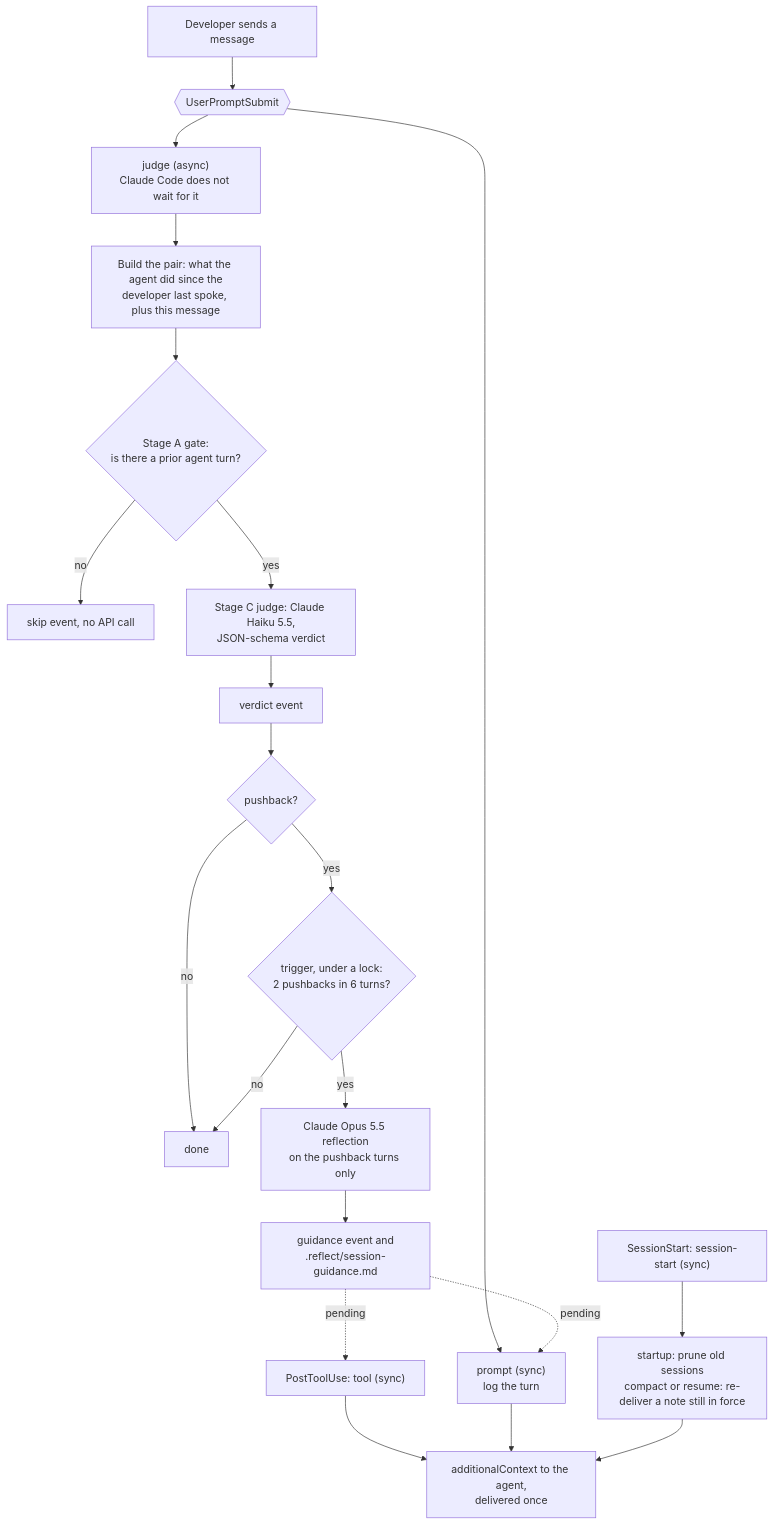
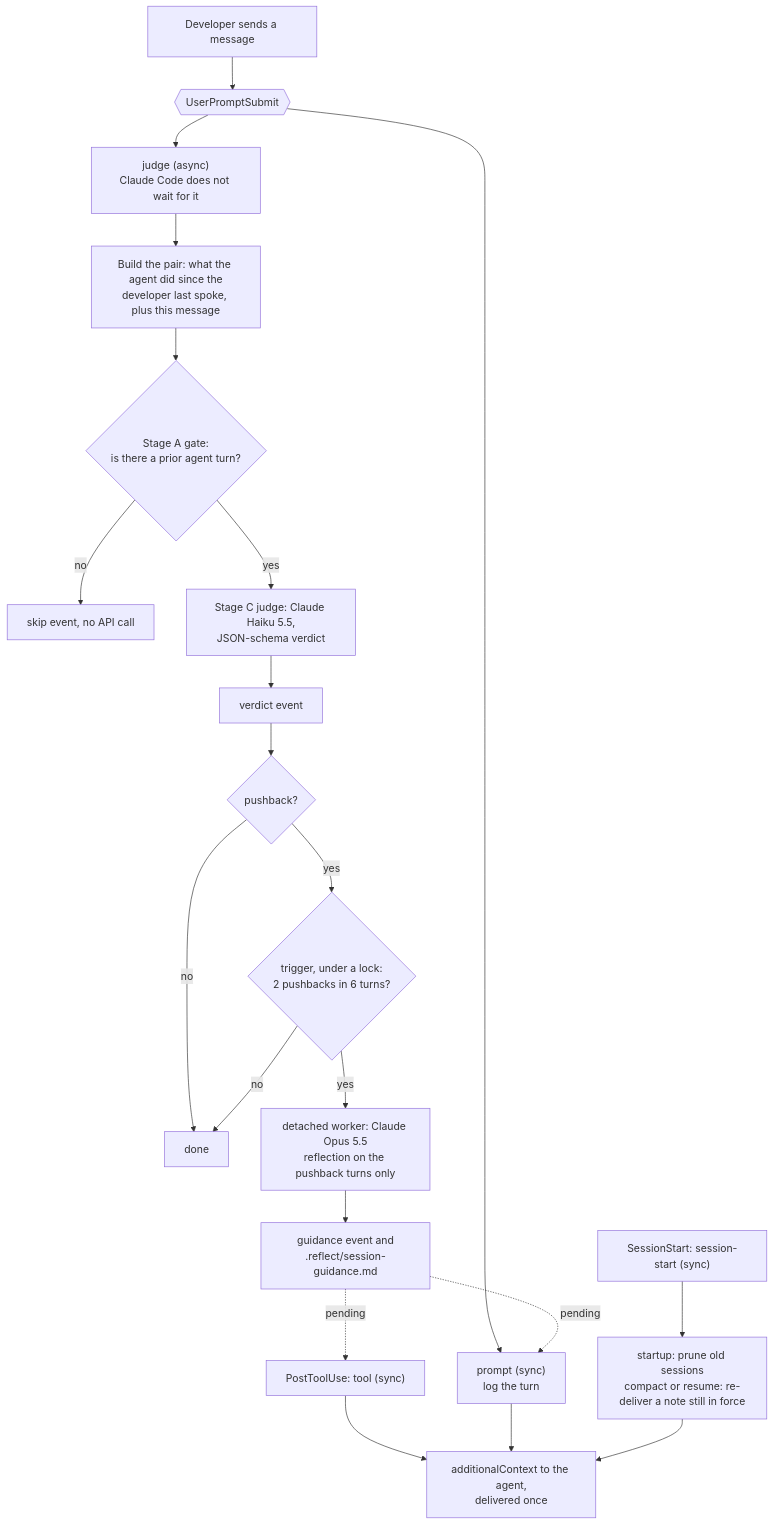
The diagram in ARCHITECTURE.md (chanjoongx/reflect), drawn with Mermaid before and after one commit. The commit also changed other lines of this file and 47 other files, not shown here.

````diff
--- a/ARCHITECTURE.md
+++ b/ARCHITECTURE.md
@@ -11,23 +11,23 @@
 ```mermaid
 flowchart TD
     M["Developer sends a message"] --> UPS{{"UserPromptSubmit"}}
     UPS --> PR["prompt (sync)<br/>log the turn"]
     UPS --> J["judge (async)<br/>Claude Code does not wait for it"]
     J --> PAIR["Build the pair: what the agent did since the<br/>developer last spoke, plus this message"]
     PAIR --> GATE{"Stage A gate:<br/>is there a prior agent turn?"}
     GATE -- no --> SKIP["skip event, no API call"]
     GATE -- yes --> JUDGE["Stage C judge: Claude Haiku 5.5,<br/>JSON-schema verdict"]
     JUDGE --> V["verdict event"]
     V --> PB{"pushback?"}
     PB -- no --> DONE["done"]
     PB -- yes --> ACC{"trigger, under a lock:<br/>2 pushbacks in 6 turns?"}
     ACC -- no --> DONE
-    ACC -- yes --> REF["Claude Opus 5.5 reflection<br/>on the pushback turns only"]
+    ACC -- yes --> REF["detached worker: Claude Opus 5.5<br/>reflection on the pushback turns only"]
     REF --> G["guidance event and<br/>.reflect/session-guidance.md"]
     G -. pending .-> T["PostToolUse: tool (sync)"]
     G -. pending .-> PR
     T --> CTX["additionalContext to the agent,<br/>delivered once"]
     PR --> CTX
     SS["SessionStart: session-start (sync)"] --> SS2["startup: prune old sessions<br/>compact or resume: re-deliver a note still in force"]
     SS2 --> CTX
 ```
````
